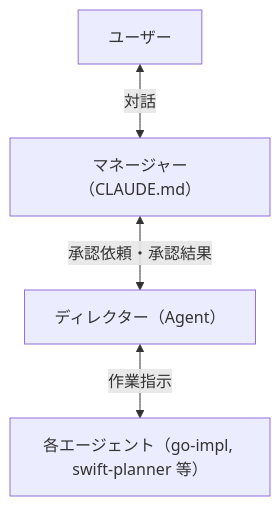
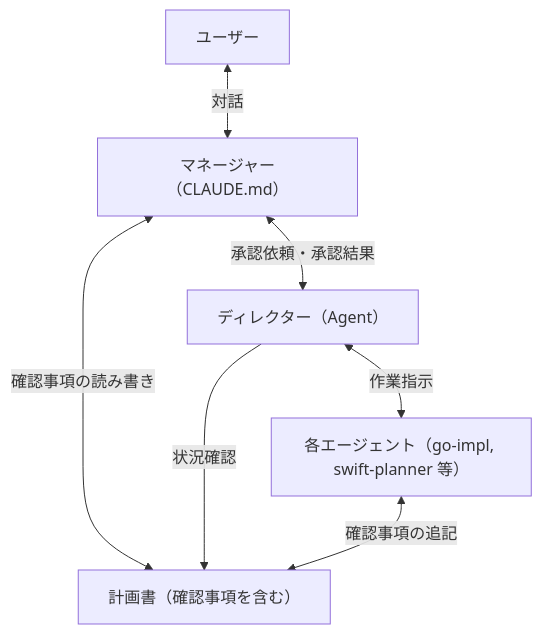
Before and after one commit to nyan-tama/Ghostrunner: the second of 5 diagrams in 開発/検討中/2026-04-03_マネージャーとディレクター.md, drawn with Mermaid. The commit also changed other lines of this file, not shown here.

````diff
--- a/開発/検討中/2026-04-03_マネージャーとディレクター.md
+++ b/開発/検討中/2026-04-03_マネージャーとディレクター.md
@@ -83,11 +162,15 @@
 ```mermaid
 flowchart TB
     USER[ユーザー]
     MGR["マネージャー（CLAUDE.md）"]
     DIR["ディレクター（Agent）"]
     AGENTS["各エージェント（go-impl, swift-planner 等）"]
+    PLAN["計画書（確認事項を含む）"]
 
     USER <-->|対話| MGR
     MGR <-->|承認依頼・承認結果| DIR
+    MGR <-->|確認事項の読み書き| PLAN
+    DIR -->|状況確認| PLAN
     DIR <-->|作業指示| AGENTS
+    AGENTS <-->|確認事項の追記| PLAN
 ```
````
